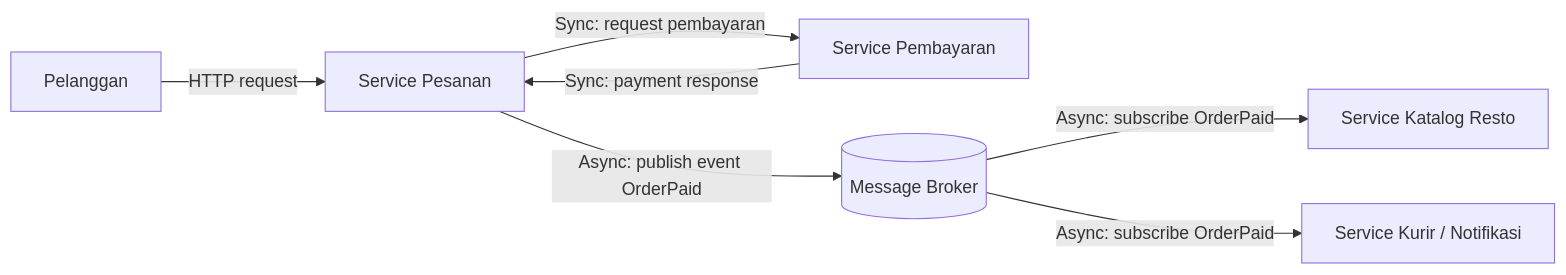
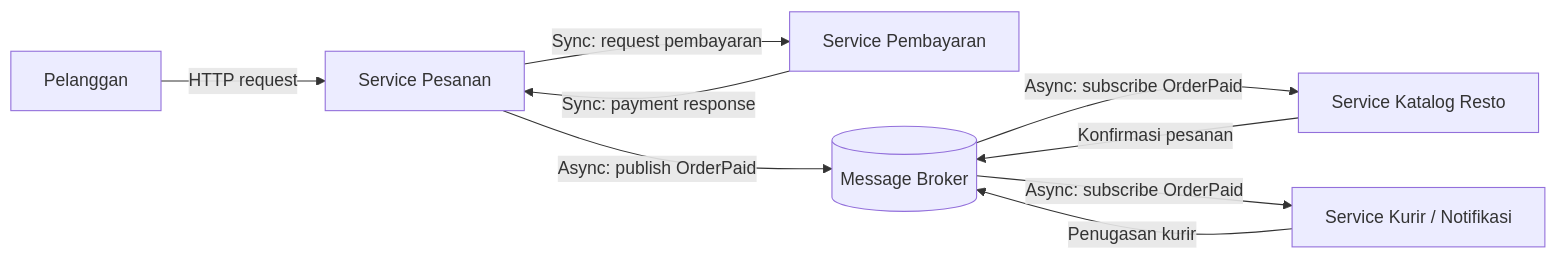
One commit to Ardianh09/komputasi-awan-dan-terdistribusi changed the diagram in tugas-02-perancangan-arsitektur/README.md. Above: the diagram before and after it, drawn with Mermaid. The commit also changed 1 other file, not shown here.

Commit message:
fix diagram no 2 dan menyelesaikan jurnal

````diff
--- a/tugas-02-perancangan-arsitektur/README.md
+++ b/tugas-02-perancangan-arsitektur/README.md
@@ -68,12 +68,15 @@
 ```mermaid
 graph LR
   Client[Pelanggan] -->|HTTP request| OrderSvc[Service Pesanan]
 
   OrderSvc -->|Sync: request pembayaran| PaymentSvc[Service Pembayaran]
   PaymentSvc -->|Sync: payment response| OrderSvc
 
-  OrderSvc -->|Async: publish event OrderPaid| Broker[(Message Broker)]
+  OrderSvc -->|Async: publish OrderPaid| Broker[(Message Broker)]
 
   Broker -->|Async: subscribe OrderPaid| RestoSvc[Service Katalog Resto]
-  Broker -->|Async: subscribe OrderPaid| NotifSvc[Service Kurir / Notifikasi]
+  Broker -->|Async: subscribe OrderPaid| CourierSvc[Service Kurir / Notifikasi]
+
+  RestoSvc -->|Konfirmasi pesanan| Broker
+  CourierSvc -->|Penugasan kurir| Broker
   ```
````
